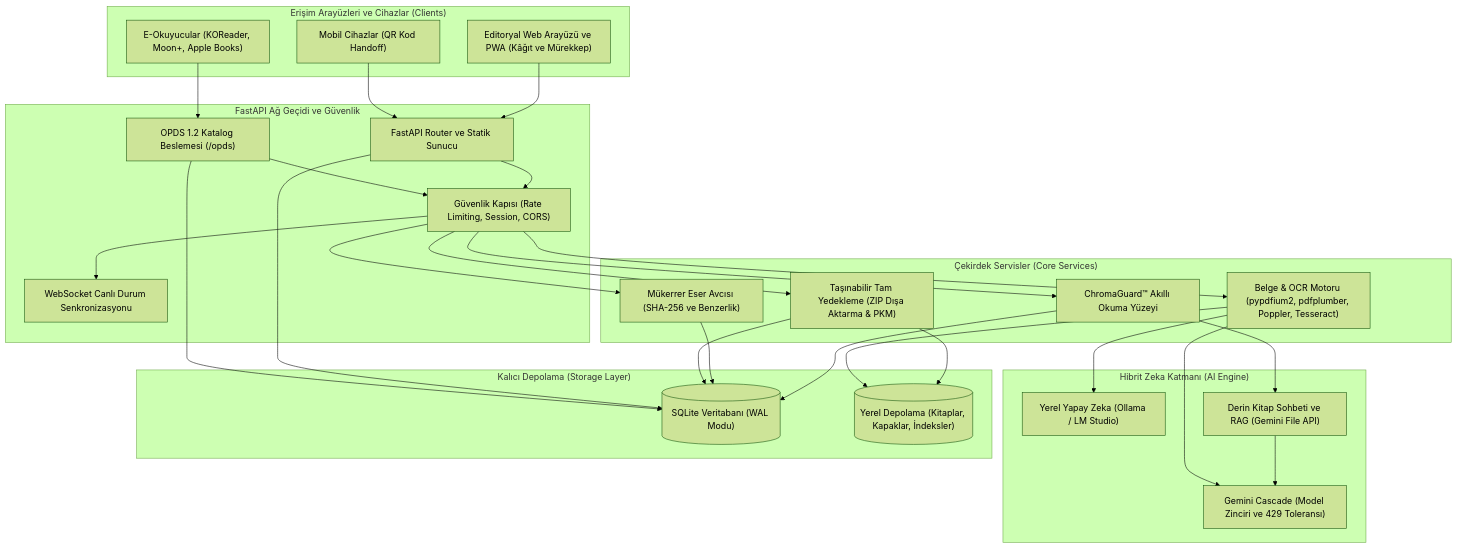
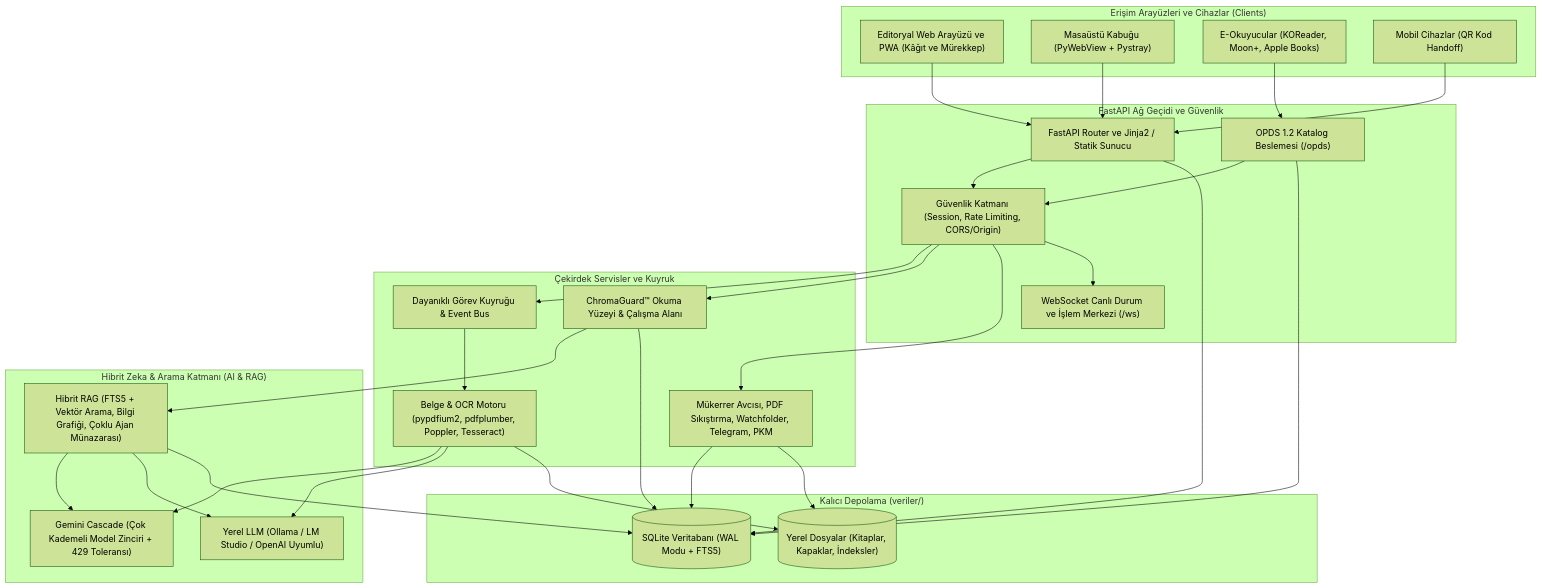
One commit to fatih1enes/Dijital-D-t-phanen changed the diagram in README.md. Above: the diagram before and after it, drawn with Mermaid (forest theme). The commit also changed other lines of this file, not shown here.

````diff
--- a/README.md
+++ b/README.md
@@ -18,59 +131,62 @@
 ```mermaid
 flowchart TD
     subgraph Clients["Erişim Arayüzleri ve Cihazlar (Clients)"]
         WEB["Editoryal Web Arayüzü ve PWA (Kâğıt ve Mürekkep)"]
+        DESKTOP["Masaüstü Kabuğu (PyWebView + Pystray)"]
         OPDS_CLIENTS["E-Okuyucular (KOReader, Moon+, Apple Books)"]
         MOBILE_HANDOFF["Mobil Cihazlar (QR Kod Handoff)"]
     end
 
     subgraph Gateway["FastAPI Ağ Geçidi ve Güvenlik"]
-        ROUTER["FastAPI Router ve Statik Sunucu"]
-        SECURITY["Güvenlik Kapısı (Rate Limiting, Session, CORS)"]
+        ROUTER["FastAPI Router ve Jinja2 / Statik Sunucu"]
+        SECURITY["Güvenlik Katmanı (Session, Rate Limiting, CORS/Origin)"]
         OPDS_FEED["OPDS 1.2 Katalog Beslemesi (/opds)"]
-        WS_SYNC["WebSocket Canlı Durum Senkronizasyonu"]
+        WS_SYNC["WebSocket Canlı Durum ve İşlem Merkezi (/ws)"]
     end
 
-    subgraph CoreServices["Çekirdek Servisler (Core Services)"]
-        CHROMA["ChromaGuard™ Akıllı Okuma Yüzeyi"]
-        DEDUP["Mükerrer Eser Avcısı (SHA-256 ve Benzerlik)"]
-        BACKUP["Taşınabilir Tam Yedekleme (ZIP Dışa Aktarma & PKM)"]
+    subgraph CoreServices["Çekirdek Servisler ve Kuyruk"]
+        QUEUE["Dayanıklı Görev Kuyruğu & Event Bus"]
+        CHROMA["ChromaGuard™ Okuma Yüzeyi & Çalışma Alanı"]
         DOC_PROC["Belge & OCR Motoru (pypdfium2, pdfplumber, Poppler, Tesseract)"]
+        EXTRAS["Mükerrer Avcısı, PDF Sıkıştırma, Watchfolder, Telegram, PKM"]
     end
 
-    subgraph AIEngine["Hibrit Zeka Katmanı (AI Engine)"]
-        CASCADE["Gemini Cascade (Model Zinciri ve 429 Toleransı)"]
-        LOCAL_LLM["Yerel Yapay Zeka (Ollama / LM Studio)"]
-        DEEP_CHAT["Derin Kitap Sohbeti ve RAG (Gemini File API)"]
+    subgraph AIEngine["Hibrit Zeka & Arama Katmanı (AI & RAG)"]
+        CASCADE["Gemini Cascade (Çok Kademeli Model Zinciri + 429 Toleransı)"]
+        LOCAL_LLM["Yerel LLM (Ollama / LM Studio / OpenAI Uyumlu)"]
+        RAG["Hibrit RAG (FTS5 + Vektör Arama, Bilgi Grafiği, Çoklu Ajan Münazarası)"]
     end
 
-    subgraph Storage["Kalıcı Depolama (Storage Layer)"]
-        DB[("SQLite Veritabanı (WAL Modu)")]
-        STORAGE[("Yerel Depolama (Kitaplar, Kapaklar, İndeksler)")]
+    subgraph Storage["Kalıcı Depolama (veriler/)"]
+        DB[("SQLite Veritabanı (WAL Modu + FTS5)")]
+        STORAGE[("Yerel Dosyalar (Kitaplar, Kapaklar, İndeksler)")]
     end
 
     WEB --> ROUTER
+    DESKTOP --> ROUTER
     MOBILE_HANDOFF --> ROUTER
     OPDS_CLIENTS --> OPDS_FEED
 
     ROUTER --> SECURITY
     OPDS_FEED --> SECURITY
 
+    SECURITY --> QUEUE
     SECURITY --> CHROMA
-    SECURITY --> DEDUP
-    SECURITY --> BACKUP
-    SECURITY --> DOC_PROC
+    SECURITY --> EXTRAS
     SECURITY --> WS_SYNC
 
-    CHROMA --> DEEP_CHAT
-    DEEP_CHAT --> CASCADE
+    QUEUE --> DOC_PROC
     DOC_PROC --> CASCADE
     DOC_PROC --> LOCAL_LLM
+    CHROMA --> RAG
+    RAG --> CASCADE
+    RAG --> LOCAL_LLM
 
     CHROMA --> DB
-    DEDUP --> DB
-    BACKUP --> DB
-    BACKUP --> STORAGE
+    RAG --> DB
+    EXTRAS --> DB
+    EXTRAS --> STORAGE
     DOC_PROC --> STORAGE
     ROUTER --> DB
     OPDS_FEED --> DB
 ```
````
